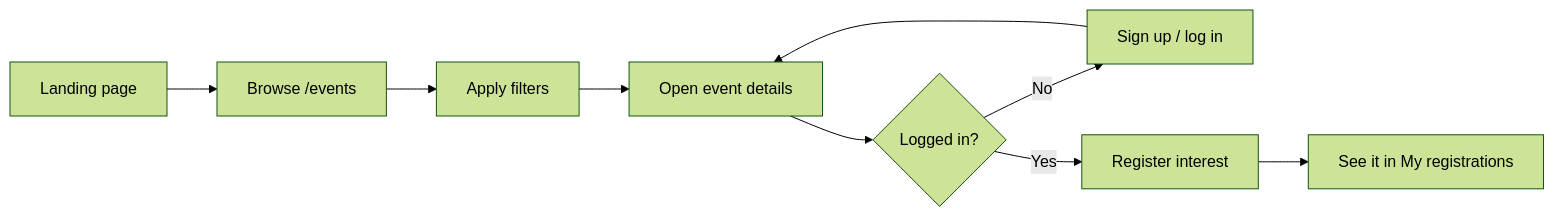
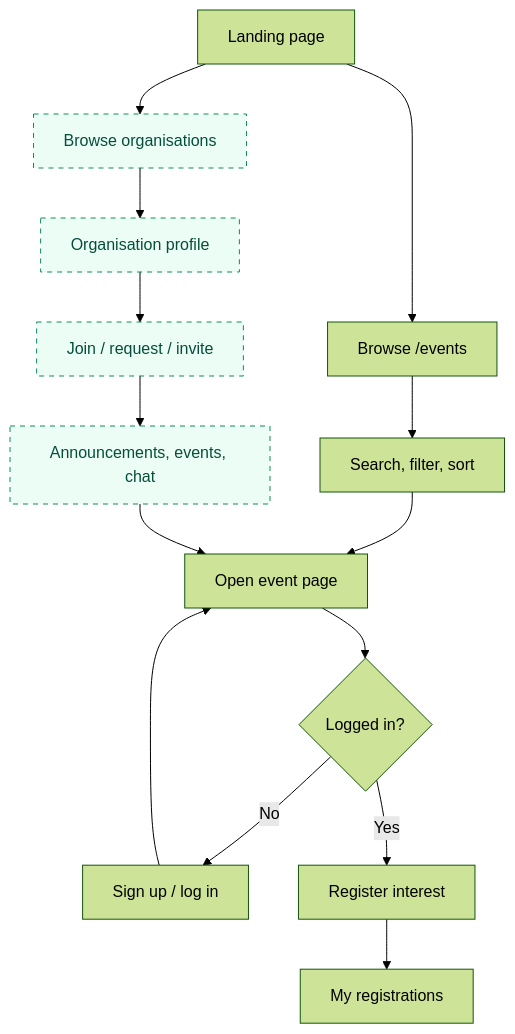
Diagram 12 of 16 in docs/PROJECT_REPORT.md (Saransh-Jainbu/goodloop), drawn with Mermaid (forest theme) before and after one commit. The commit also changed other lines of this file and 37 other files, not shown here.

Commit message:
Report: describe the final system including organisations, with real screenshots and rendered diagrams

````diff
--- a/docs/PROJECT_REPORT.md
+++ b/docs/PROJECT_REPORT.md
@@ -191,11 +365,17 @@
 ```mermaid
-flowchart LR
+flowchart TD
     L[Landing page] --> E[Browse /events]
-    E --> F[Apply filters]
-    F --> D[Open event details]
+    E --> F[Search, filter, sort]
+    F --> D[Open event page]
     D --> R{Logged in?}
     R -- No --> S[Sign up / log in]
     S --> D
     R -- Yes --> G[Register interest]
-    G --> M[See it in My registrations]
+    G --> M[My registrations]
+    L --> OR["Browse organisations"]:::planned
+    OR --> OP["Organisation profile"]:::planned
+    OP --> J["Join / request / invite"]:::planned
+    J --> OA["Announcements, events, chat"]:::planned
+    OA --> D
+    classDef planned stroke-dasharray: 5 5,stroke:#0f8a5f,fill:#ecfdf5,color:#064e3b;
 ```
````
